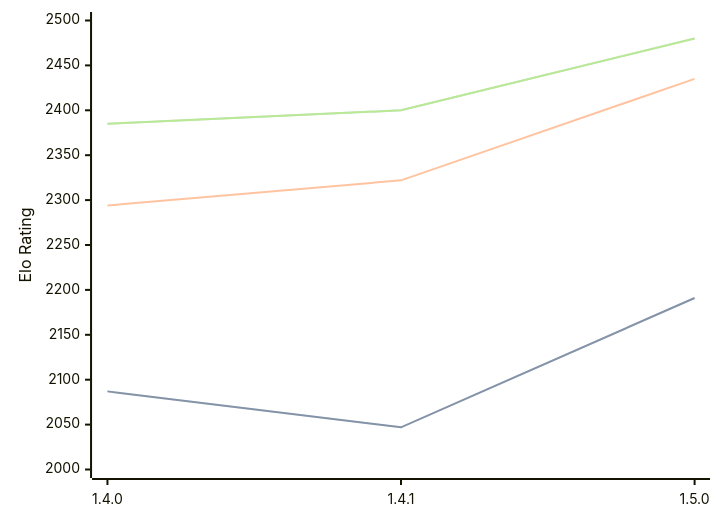
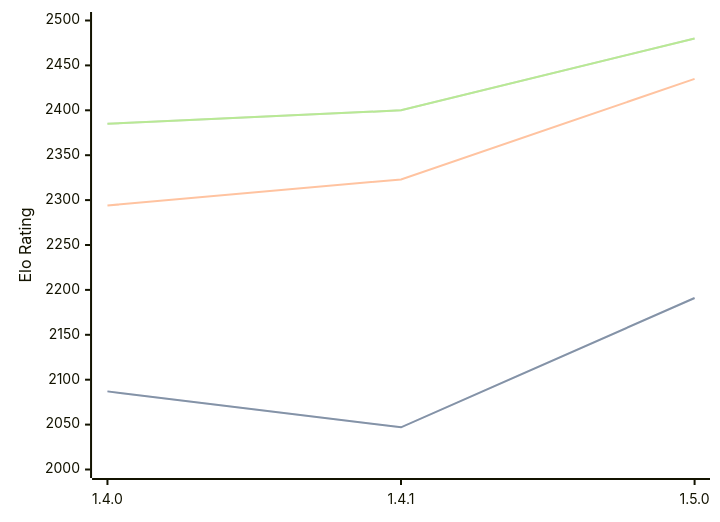
The diagram in engines/Tofiks.md (computer-chess-index/cci), drawn with Mermaid before and after one commit. The commit also changed other lines of this file, not shown here.

````diff
--- a/engines/Tofiks.md
+++ b/engines/Tofiks.md
@@ -33,11 +33,11 @@
 ```mermaid
 %%{init: {"theme":"base","themeVariables":{"seriesColors:['#a3a3a3','#222221','#faa371']}}}%%
 xychart-beta
   x-axis ["1.4.0", "1.4.1", "1.5.0"]
   y-axis "Elo Rating" 2000 --> 2500
   line "" [2087, 2047, 2191]
   line "STC (8.0+0.08s)" [2087, 2047, 2191]
-  line "LTC (60.0+0.60s)" [2294, 2322, 2435]
+  line "LTC (60.0+0.60s)" [2294, 2323, 2435]
   line "" [2385, 2400, 2480]
   line "VLTC (2m24s+1.12s)" [2385, 2400, 2480]
 ```
````
